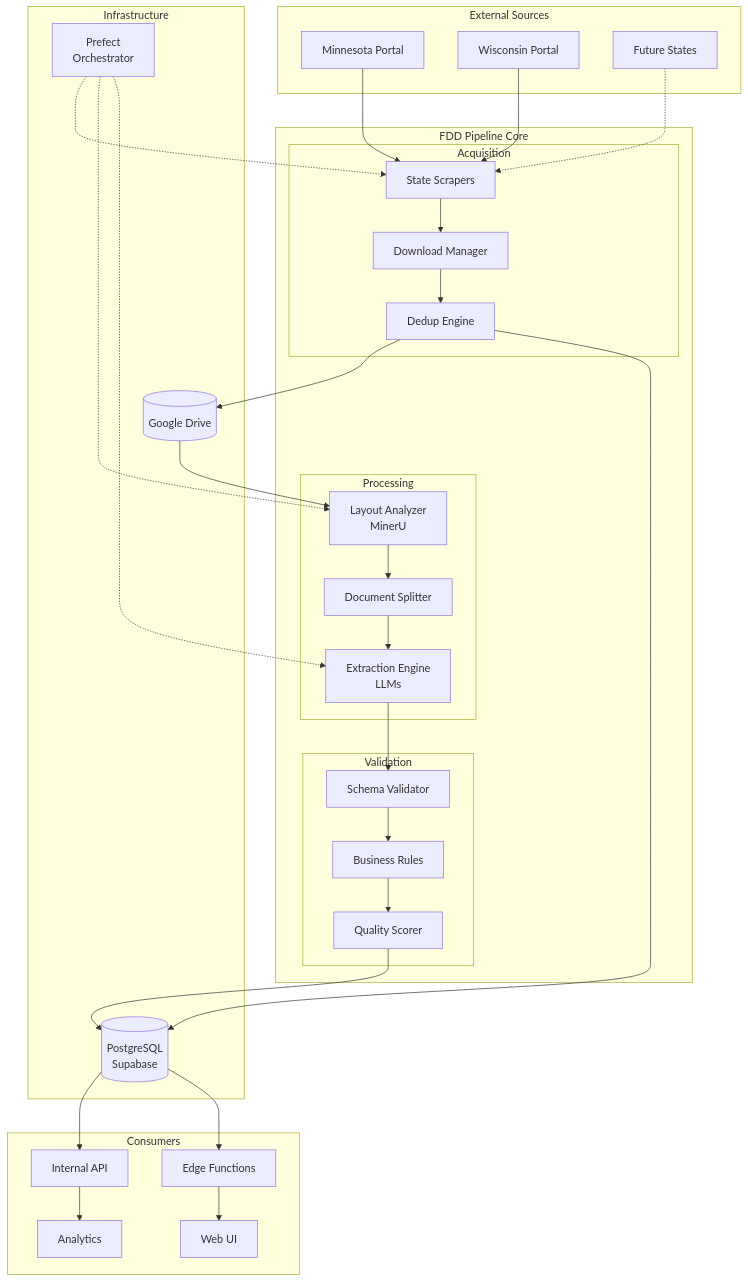
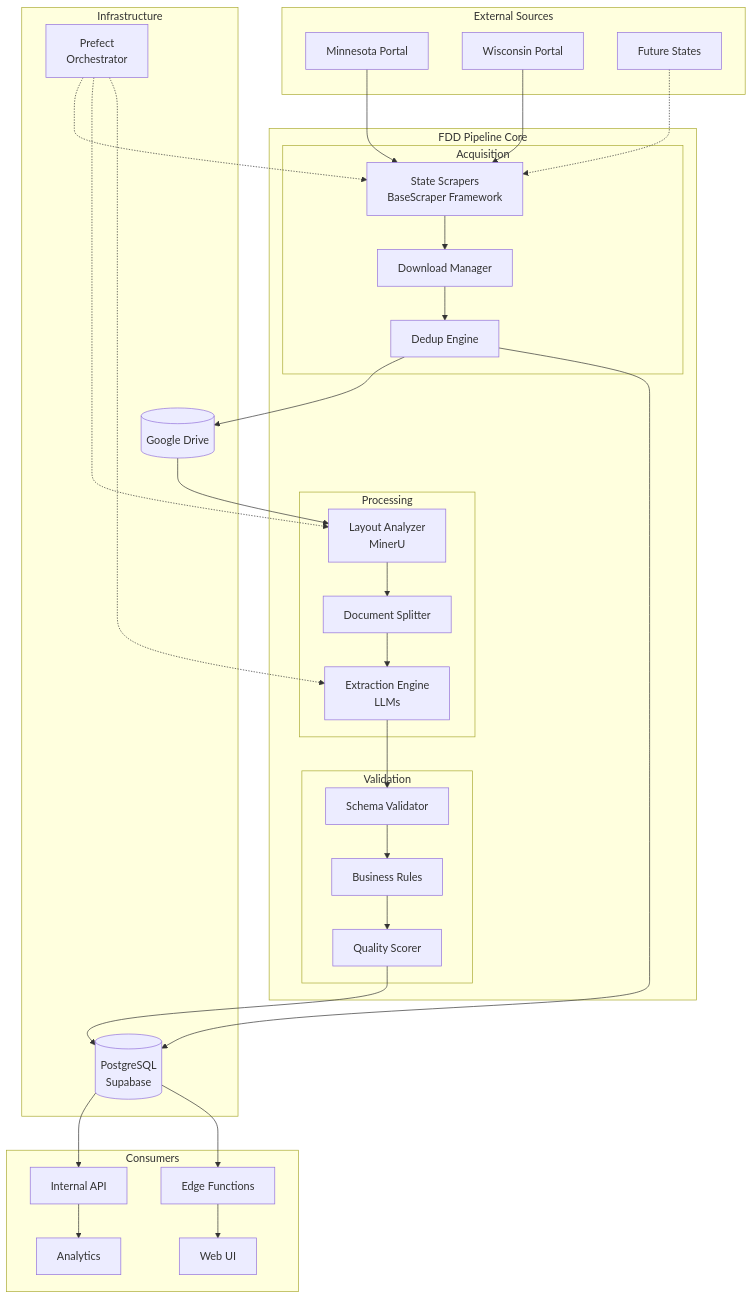
The first of 3 diagrams in docs/01_architecture/system_overview.md (mmarcus006/fdd_pipeline_new), drawn with Mermaid before and after one commit. The commit also changed other lines of this file and 42 other files, not shown here.

````diff
--- a/docs/01_architecture/system_overview.md
+++ b/docs/01_architecture/system_overview.md
@@ -24,67 +24,67 @@
 ```mermaid
 graph TB
     subgraph "External Sources"
         MN[Minnesota Portal]
         WI[Wisconsin Portal]
         FS[Future States]
     end
     
     subgraph "FDD Pipeline Core"
         subgraph "Acquisition"
-            SC[State Scrapers]
+            SC[State Scrapers<br/>BaseScraper Framework]
             DM[Download Manager]
             DD[Dedup Engine]
         end
         
         subgraph "Processing"
             LA[Layout Analyzer<br/>MinerU]
             DS[Document Splitter]
             EE[Extraction Engine<br/>LLMs]
         end
         
         subgraph "Validation"
             SV[Schema Validator]
             BV[Business Rules]
             QS[Quality Scorer]
         end
     end
     
     subgraph "Infrastructure"
         GD[(Google Drive)]
         PG[(PostgreSQL<br/>Supabase)]
         PF[Prefect<br/>Orchestrator]
     end
     
     subgraph "Consumers"
         API[Internal API]
         EF[Edge Functions]
         UI[Web UI]
         AN[Analytics]
     end
     
     MN --> SC
     WI --> SC
     FS -.-> SC
     
     SC --> DM
     DM --> DD
     DD --> GD
     DD --> PG
     
     GD --> LA
     LA --> DS
     DS --> EE
     EE --> SV
     SV --> BV
     BV --> QS
     QS --> PG
     
     PF -.-> SC
     PF -.-> LA
     PF -.-> EE
     
     PG --> API
     PG --> EF
     EF --> UI
     API --> AN
 ```
````
